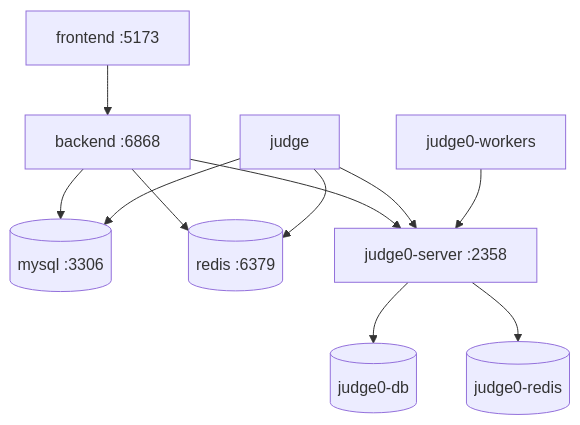
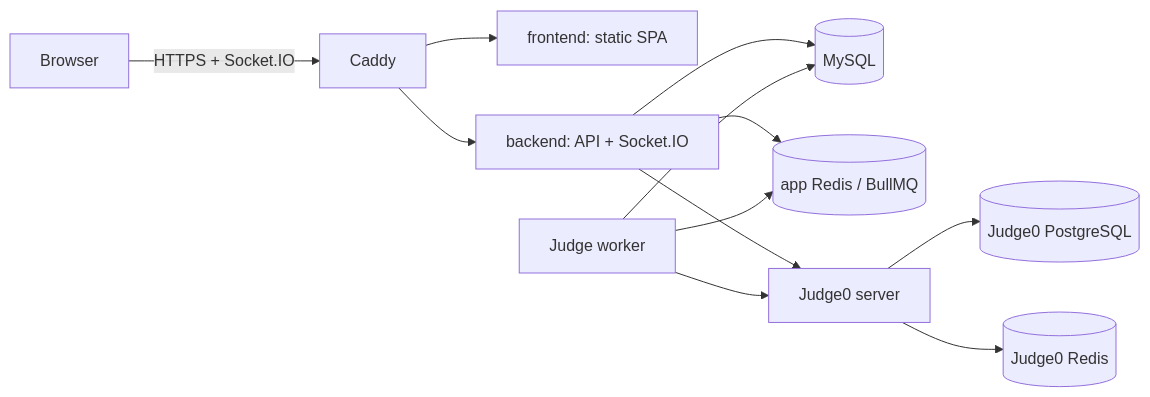
Before and after one commit to jack1e2401/fessior: the diagram in docs/deployment.md, drawn with Mermaid. The commit also changed other lines of this file and 13 other files, not shown here.

````diff
--- a/docs/deployment.md
+++ b/docs/deployment.md
@@ -11,13 +7,14 @@
 ```mermaid
-flowchart TB
-  Frontend[frontend :5173] --> Backend[backend :6868]
-  Backend --> MySQL[(mysql :3306)]
-  Backend --> Redis[(redis :6379)]
-  Backend --> Judge0[judge0-server :2358]
-  Judge[judge] --> MySQL
+flowchart LR
+  Browser -->|HTTPS + Socket.IO| Caddy
+  Caddy --> Frontend[frontend: static SPA]
+  Caddy --> Backend[backend: API + Socket.IO]
+  Backend --> MySQL[(MySQL)]
+  Backend --> Redis[(app Redis / BullMQ)]
+  Backend --> Judge0[Judge0 server]
+  Judge[Judge worker] --> MySQL
   Judge --> Redis
   Judge --> Judge0
-  Judge0 --> JDB[(judge0-db)]
-  Judge0 --> JRedis[(judge0-redis)]
-  Judge0Workers[judge0-workers] --> Judge0
+  Judge0 --> Judge0DB[(Judge0 PostgreSQL)]
+  Judge0 --> Judge0Redis[(Judge0 Redis)]
 ```
````
